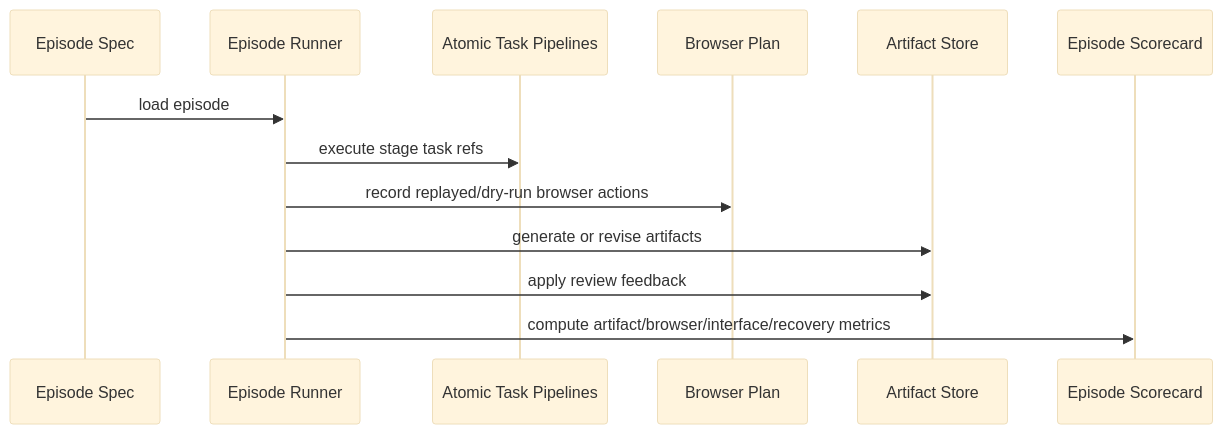
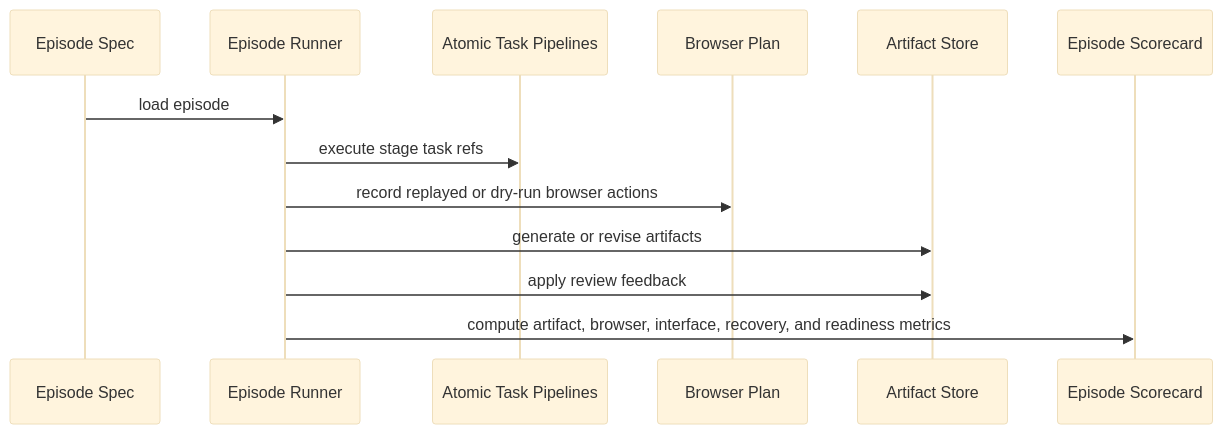
One commit to CheickDiakite-yikes/gemma4-capability-map changed the third of 3 diagrams in README.md. Above: the diagram before and after it, drawn with Mermaid (base theme). The commit also changed other lines of this file and 153 other files, not shown here.

````diff
--- a/README.md
+++ b/README.md
@@ -365,16 +467,16 @@
 ```mermaid
 sequenceDiagram
     participant Spec as Episode Spec
     participant Runner as Episode Runner
     participant Stage as Atomic Task Pipelines
     participant Browser as Browser Plan
     participant Artifact as Artifact Store
     participant Score as Episode Scorecard
 
     Spec->>Runner: load episode
     Runner->>Stage: execute stage task refs
-    Runner->>Browser: record replayed/dry-run browser actions
+    Runner->>Browser: record replayed or dry-run browser actions
     Runner->>Artifact: generate or revise artifacts
     Runner->>Artifact: apply review feedback
-    Runner->>Score: compute artifact/browser/interface/recovery metrics
+    Runner->>Score: compute artifact, browser, interface, recovery, and readiness metrics
 ```
````
